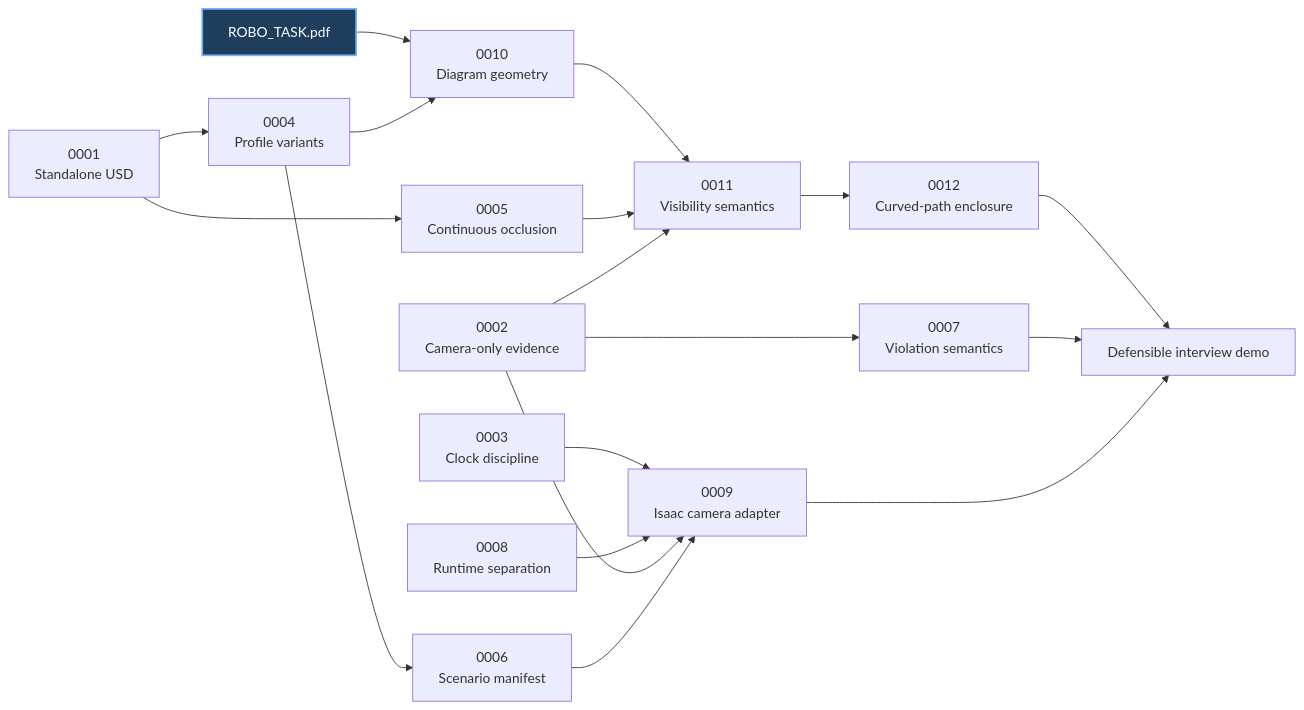
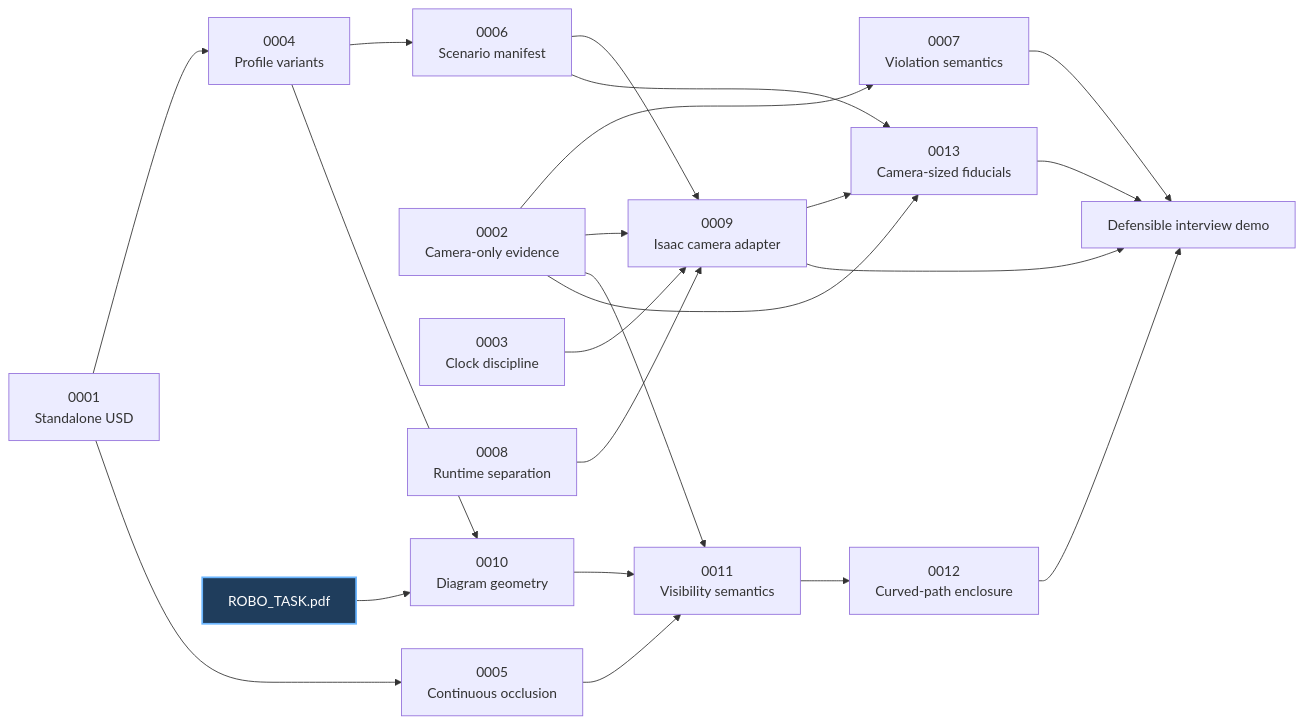
Before and after one commit to alexandergmzx/corridor-twin: the diagram in docs/adr/README.md, drawn with Mermaid. The commit also changed other lines of this file and 10 other files, not shown here.

````diff
--- a/docs/adr/README.md
+++ b/docs/adr/README.md
@@ -23,27 +24,31 @@
 ```mermaid
 flowchart LR
     A1["0001<br/>Standalone USD"] --> A4["0004<br/>Profile variants"]
     A4 --> A6["0006<br/>Scenario manifest"]
 
     A2["0002<br/>Camera-only evidence"] --> A7["0007<br/>Violation semantics"]
     A3["0003<br/>Clock discipline"] --> A9["0009<br/>Isaac camera adapter"]
     A8["0008<br/>Runtime separation"] --> A9
     A2 --> A9
     A6 --> A9
 
     A1 --> A5["0005<br/>Continuous occlusion"]
 
     Task["ROBO_TASK.pdf"] --> A10["0010<br/>Diagram geometry"]
     A4 --> A10
     A10 --> A11["0011<br/>Visibility semantics"]
     A5 --> A11
     A2 --> A11
 
     A11 --> A12["0012<br/>Curved-path enclosure"]
+    A2 --> A13["0013<br/>Camera-sized fiducials"]
+    A6 --> A13
+    A9 --> A13
     A12 --> Demo["Defensible interview demo"]
+    A13 --> Demo
     A7 --> Demo
     A9 --> Demo
 
     classDef source fill:#1f3d5c,color:#ffffff,stroke:#6bb6ff,stroke-width:2px;
     class Task source;
 ```
````
